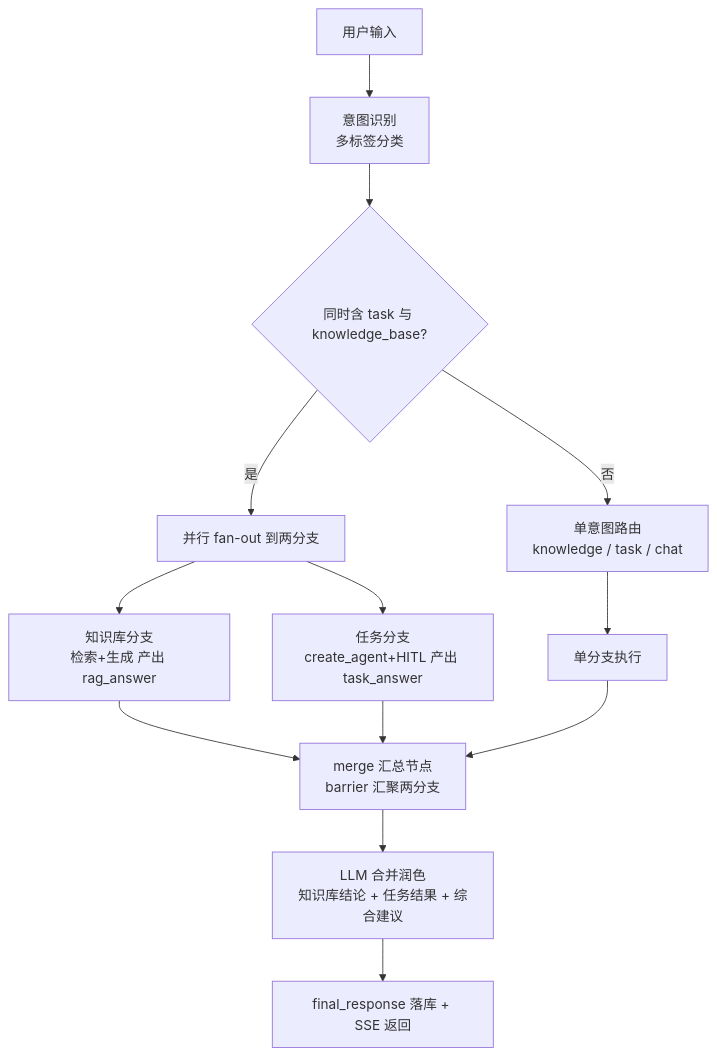
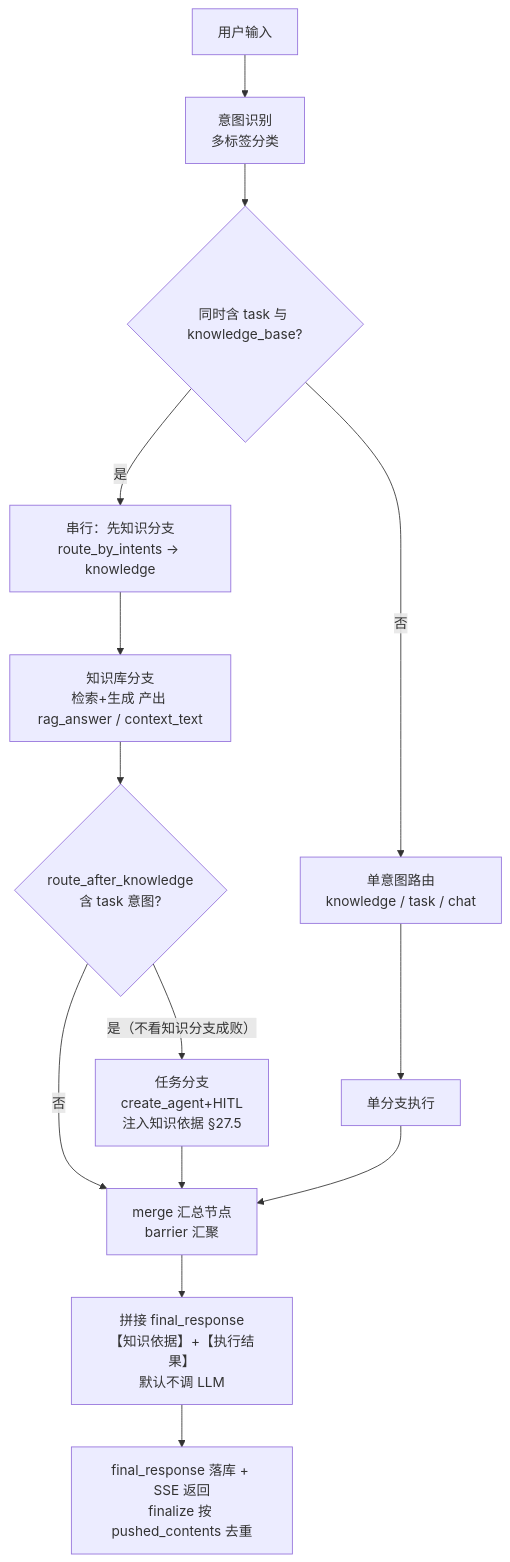
Before and after one commit to zzdcoder/lingxi-agent-new: the sixth of 8 diagrams in docs/lingxi_agent_langgraph_redesign.md, drawn with Mermaid. The commit also changed other lines of this file and 12 other files, not shown here.

````diff
--- a/docs/lingxi_agent_langgraph_redesign.md
+++ b/docs/lingxi_agent_langgraph_redesign.md
@@ -537,15 +571,16 @@
 ```mermaid
 flowchart TD
     A["用户输入"] --> B["意图识别<br/>多标签分类"]
     B --> C{"同时含 task 与 knowledge_base?"}
-    C -->|是| D["并行 fan-out 到两分支"]
+    C -->|是| D["串行：先知识分支<br/>route_by_intents → knowledge"]
     C -->|否| E["单意图路由<br/>knowledge / task / chat"]
-    D --> F["知识库分支<br/>检索+生成 产出 rag_answer"]
-    D --> G["任务分支<br/>create_agent+HITL 产出 task_answer"]
-    E --> H["单分支执行"]
-    F --> I["merge 汇总节点<br/>barrier 汇聚两分支"]
-    G --> I
+    D --> F["知识库分支<br/>检索+生成 产出 rag_answer / context_text"]
+    F --> G{"route_after_knowledge<br/>含 task 意图?"}
+    G -->|是（不看知识分支成败）| H["任务分支<br/>create_agent+HITL<br/>注入知识依据 §27.5"]
+    G -->|否| I["merge 汇总节点<br/>barrier 汇聚"]
+    E --> H2["单分支执行"]
     H --> I
-    I --> J["LLM 合并润色<br/>知识库结论 + 任务结果 + 综合建议"]
-    J --> K["final_response 落库 + SSE 返回"]
+    H2 --> I
+    I --> J["拼接 final_response<br/>【知识依据】+【执行结果】<br/>默认不调 LLM"]
+    J --> K["final_response 落库 + SSE 返回<br/>finalize 按 pushed_contents 去重"]
 ```
````
